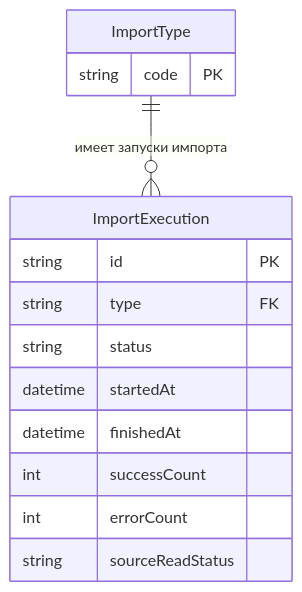
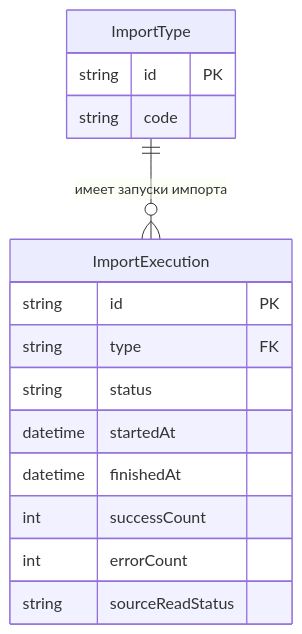
Before and after one commit to it-mentor-community-platform/meta: the diagram in system-analytics/services/data-importer/index.md, drawn with Mermaid. The commit also changed other lines of this file, not shown here.

````diff
--- a/system-analytics/services/data-importer/index.md
+++ b/system-analytics/services/data-importer/index.md
@@ -163,19 +29,20 @@
 ```mermaid
 erDiagram
     ImportType ||--o{ ImportExecution : "имеет запуски импорта"
 
     ImportType {
-        string code PK
+        string id PK
+        string code
     }
 
     ImportExecution {
         string id PK
         string type FK
         string status
         datetime startedAt
         datetime finishedAt
         int successCount
         int errorCount
         string sourceReadStatus
     }
 ```
````
